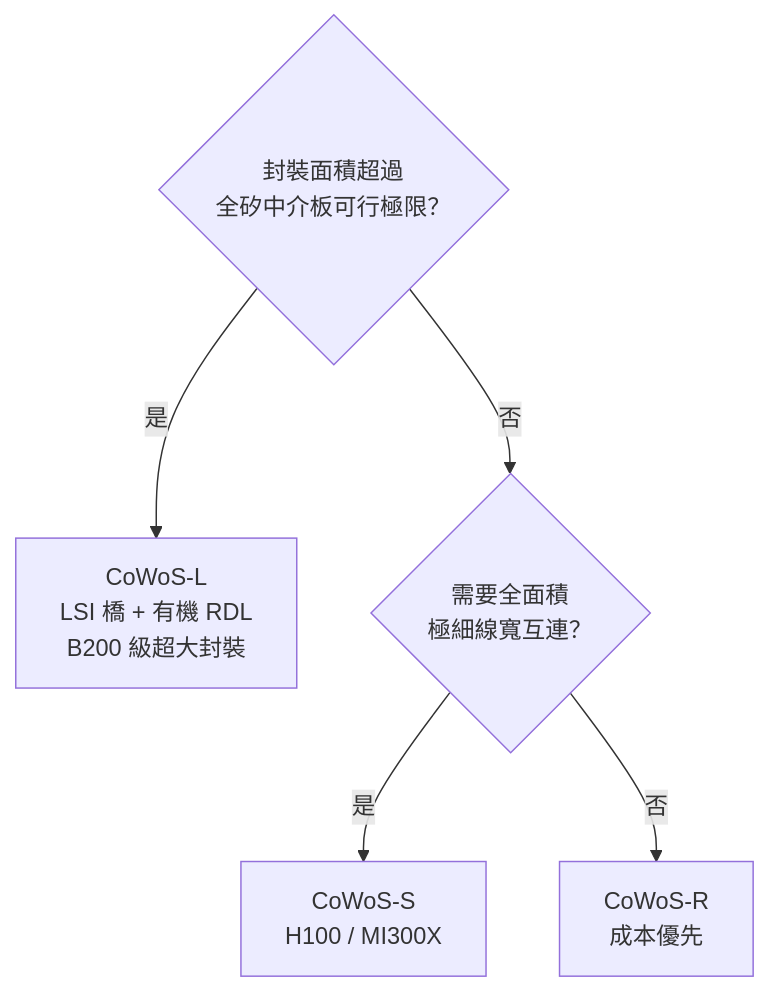
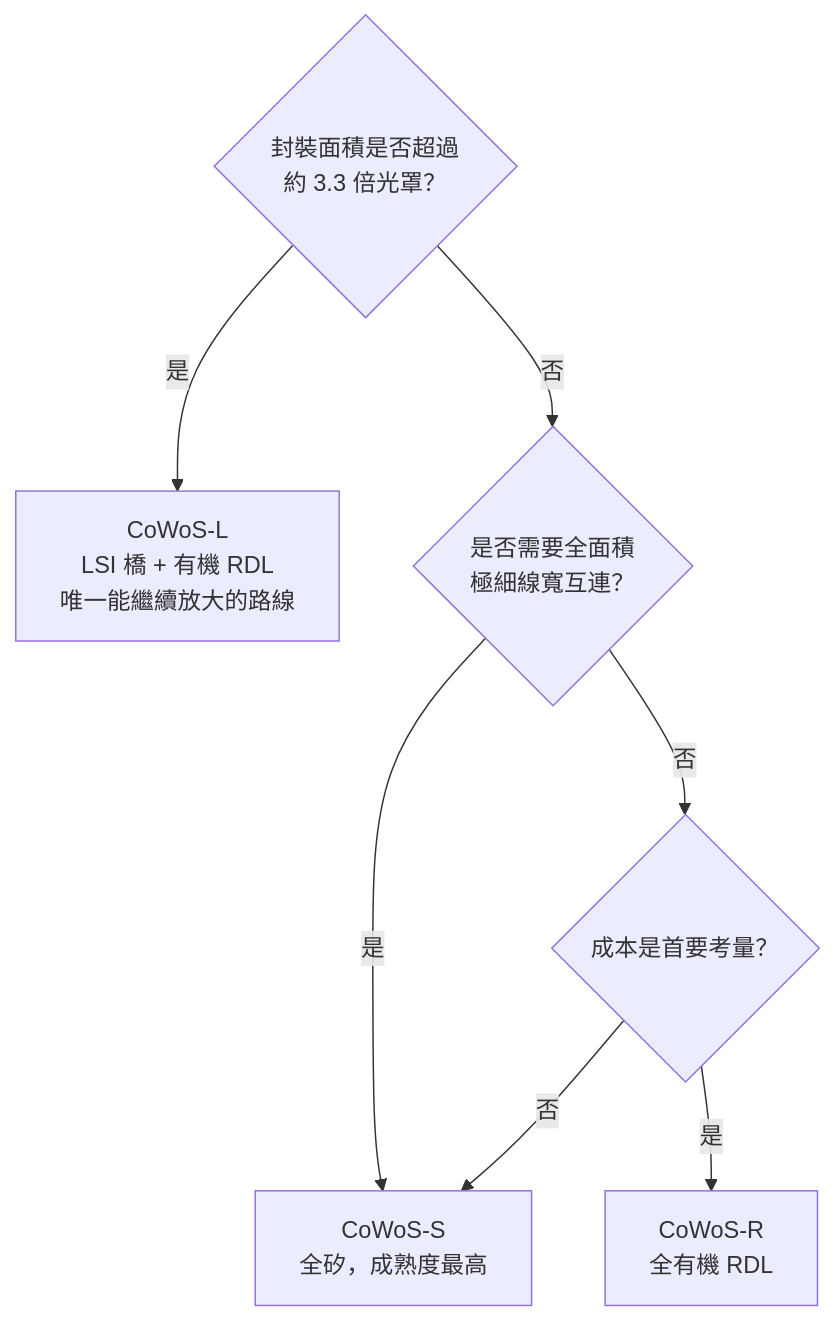
One commit to wizardhsiehcom/book changed the second of 2 diagrams in docs/cowos/06-cowos-r-l.md. Above: the diagram before and after it, drawn with Mermaid. The commit also changed other lines of this file and 33 other files, not shown here.

````diff
--- a/docs/cowos/06-cowos-r-l.md
+++ b/docs/cowos/06-cowos-r-l.md
@@ -67,8 +100,10 @@
 ```mermaid
 flowchart TD
-    Q1{"封裝面積超過<br/>全矽中介板可行極限？"}
-    Q1 -->|"是"| L["CoWoS-L<br/>LSI 橋 + 有機 RDL<br/>B200 級超大封裝"]
-    Q1 -->|"否"| Q2{"需要全面積<br/>極細線寬互連？"}
-    Q2 -->|"是"| S["CoWoS-S<br/>H100 / MI300X"]
-    Q2 -->|"否"| R["CoWoS-R<br/>成本優先"]
+    Q1{"封裝面積是否超過<br/>約 3.3 倍光罩？"}
+    Q1 -->|"是"| L["CoWoS-L<br/>LSI 橋 + 有機 RDL<br/>唯一能繼續放大的路線"]
+    Q1 -->|"否"| Q2{"是否需要全面積<br/>極細線寬互連？"}
+    Q2 -->|"是"| S["CoWoS-S<br/>全矽，成熟度最高"]
+    Q2 -->|"否"| Q3{"成本是首要考量？"}
+    Q3 -->|"是"| R["CoWoS-R<br/>全有機 RDL"]
+    Q3 -->|"否"| S
 ```
````
